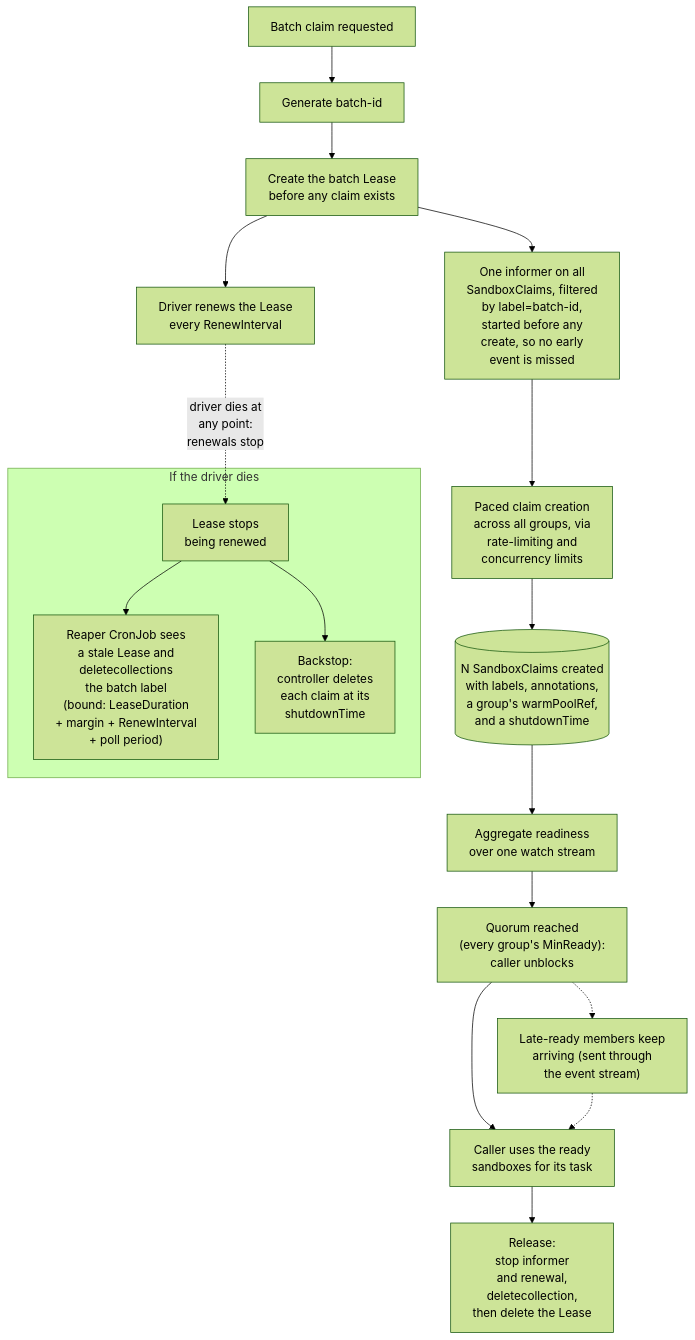
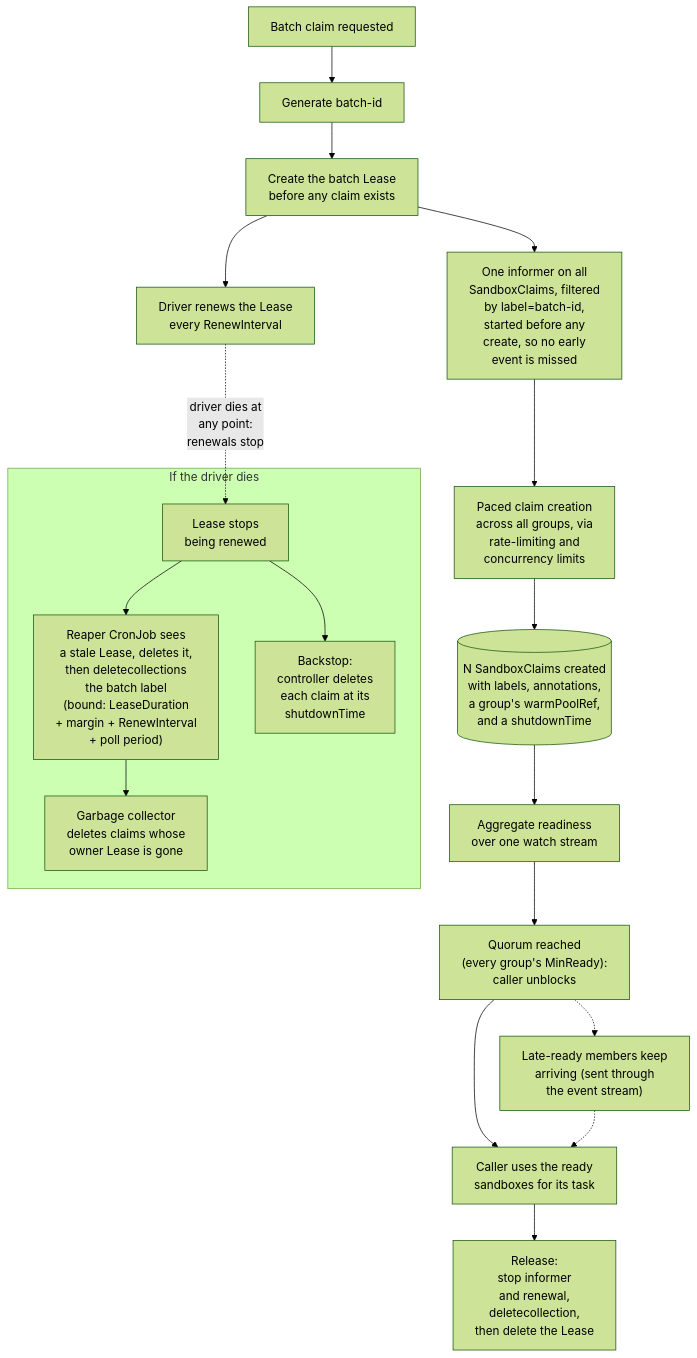
One commit to briankhoi/agent-sandbox changed the diagram in batch-primitives/batch_claim_proposal.md. Above: the diagram before and after it, drawn with Mermaid (forest theme). The commit also changed other lines of this file and 2 other files, not shown here.

````diff
--- a/batch-primitives/batch_claim_proposal.md
+++ b/batch-primitives/batch_claim_proposal.md
@@ -172,30 +172,32 @@
 ```mermaid
 flowchart TD
     Start["Batch claim requested"]
     Mint["Generate batch-id"]
     Lease["Create the batch Lease<br/>before any claim exists"]
     Watch["One informer on all<br/>SandboxClaims, filtered<br/>by label=batch-id,<br/>started before any<br/>create, so no early<br/>event is missed"]
     Create["Paced claim creation<br/>across all groups, via<br/>rate-limiting and<br/>concurrency limits"]
     Claims[("N SandboxClaims created<br/>with labels, annotations,<br/>a group's warmPoolRef,<br/>and a shutdownTime")]
     Aggregate["Aggregate readiness<br/>over one watch stream"]
     Quorum["Quorum reached<br/>(every group's MinReady):<br/>caller unblocks"]
     Work["Caller uses the ready<br/>sandboxes for its task"]
     LateReady["Late-ready members keep<br/>arriving (sent through<br/>the event stream)"]
     Release["Release:<br/>stop informer<br/>and renewal,<br/>deletecollection,<br/>then delete the Lease"]
     Renew["Driver renews the Lease<br/>every RenewInterval"]
 
     Start --> Mint --> Lease --> Watch --> Create --> Claims
     Claims --> Aggregate --> Quorum --> Work --> Release
     Quorum -.-> LateReady -.-> Work
     Lease --> Renew
 
     subgraph CrashSafety["If the driver dies"]
       NoRenew["Lease stops<br/>being renewed"]
-      Reaper["Reaper CronJob sees<br/>a stale Lease and<br/>deletecollections<br/>the batch label<br/>(bound: LeaseDuration<br/>+ margin + RenewInterval<br/>+ poll period)"]
+      Reaper["Reaper CronJob sees<br/>a stale Lease, deletes it,<br/>then deletecollections<br/>the batch label<br/>(bound: LeaseDuration<br/>+ margin + RenewInterval<br/>+ poll period)"]
+      GC["Garbage collector<br/>deletes claims whose<br/>owner Lease is gone"]
       Cap["Backstop:<br/>controller deletes<br/>each claim at its<br/>shutdownTime"]
       NoRenew --> Reaper
+      Reaper --> GC
       NoRenew --> Cap
     end
 
     Renew -.->|driver dies at<br/>any point:<br/>renewals stop| NoRenew
 ```
````
